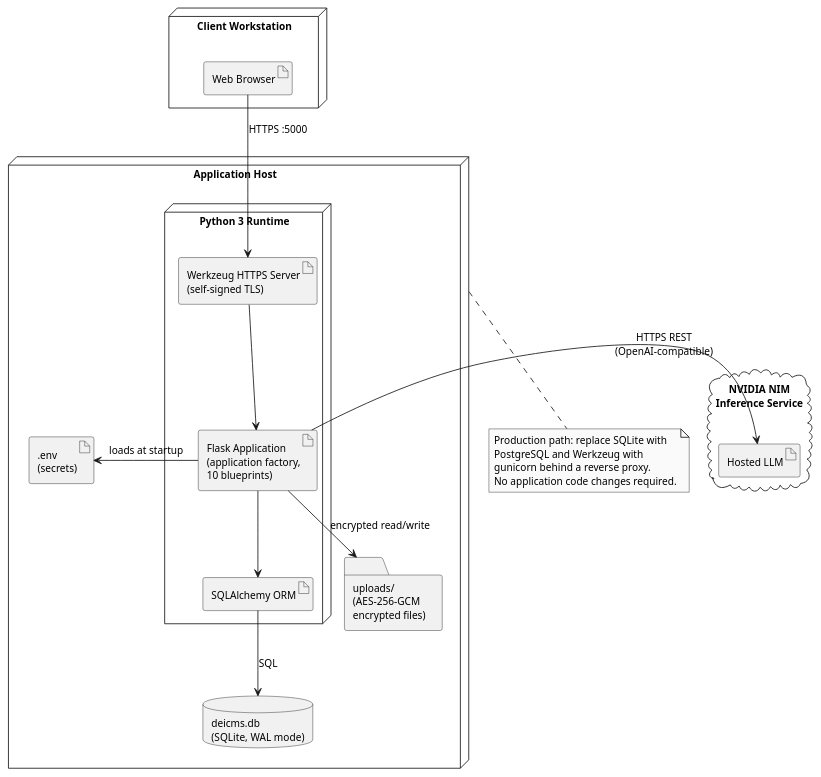
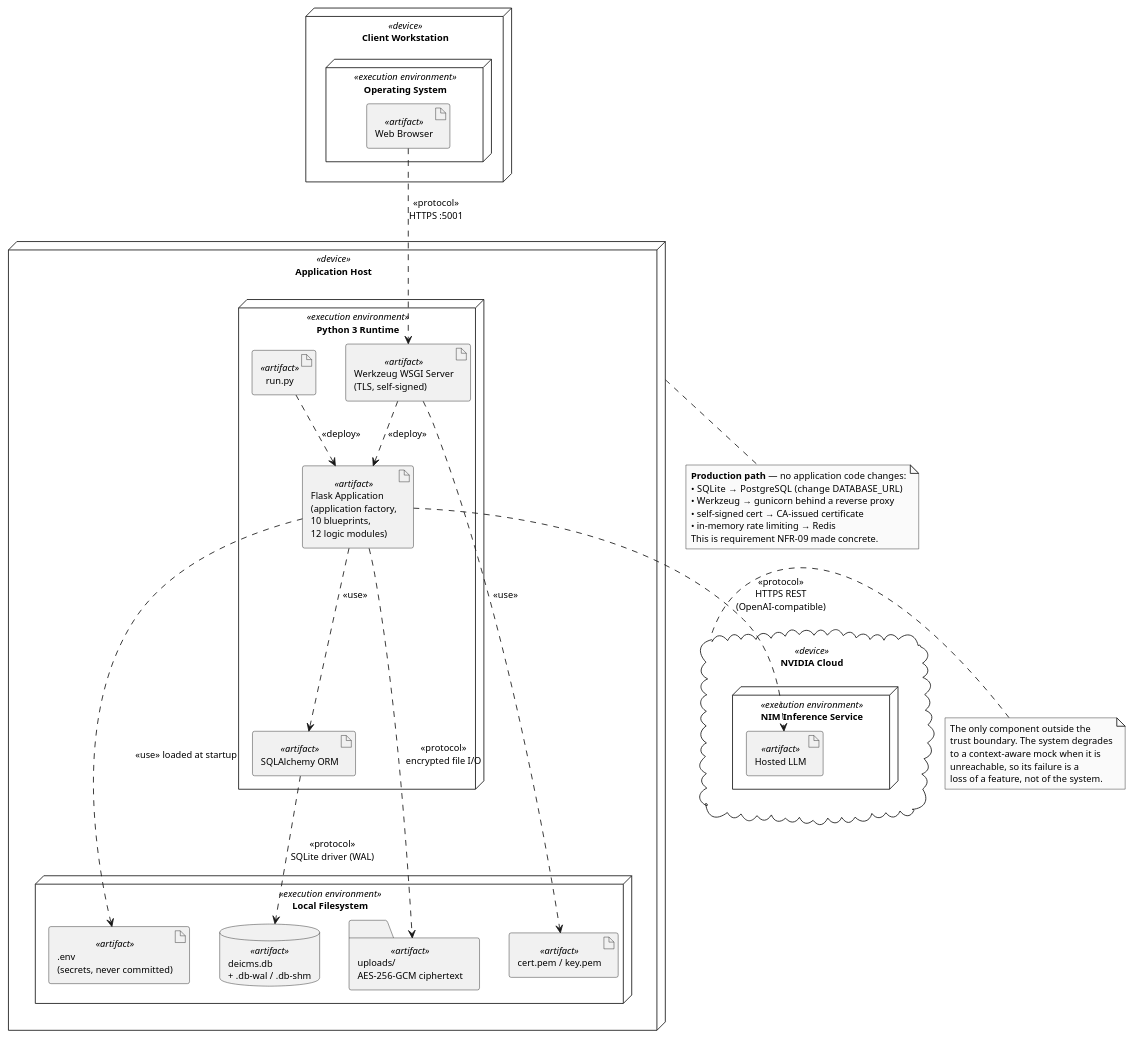
One commit to vidhyaharini0/DEICMS changed the diagram in diagrams_plantuml/10_deployment.puml. Above: the diagram before and after it, drawn with PlantUML. The commit also changed 22 other files, not shown here.

Commit message:
Rewrite all 11 UML diagrams with proper UML semantics; make class and ER diagrams genuinely distinct; add class-vs-ER comparison to Ch8

```diff
--- a/diagrams_plantuml/10_deployment.puml
+++ b/diagrams_plantuml/10_deployment.puml
@@ -1,42 +1,65 @@
 @startuml
 ' Figure 8.11 - Deployment Diagram: DEICMS Development Environment
 skinparam monochrome true
 skinparam shadowing false
 skinparam defaultFontName Arial
-skinparam defaultFontSize 12
+skinparam defaultFontSize 11
 skinparam backgroundColor white
 
-node "Client Workstation" as CLIENT {
-  artifact "Web Browser" as BROWSER
+node "Client Workstation" <<device>> as CLIENT {
+  node "Operating System" <<execution environment>> {
+    artifact "Web Browser" <<artifact>> as BROWSER
+  }
 }
 
-node "Application Host" as HOST {
-  node "Python 3 Runtime" as PY {
-    artifact "Flask Application\n(application factory,\n10 blueprints)" as APP
-    artifact "SQLAlchemy ORM" as ORM
-    artifact "Werkzeug HTTPS Server\n(self-signed TLS)" as WSGI
+node "Application Host" <<device>> as HOST {
+
+  node "Python 3 Runtime" <<execution environment>> as PY {
+    artifact "run.py" <<artifact>> as RUN
+    artifact "Flask Application\n(application factory,\n10 blueprints,\n12 logic modules)" <<artifact>> as APP
+    artifact "SQLAlchemy ORM" <<artifact>> as ORM
+    artifact "Werkzeug WSGI Server\n(TLS, self-signed)" <<artifact>> as WSGI
   }
-  database "deicms.db\n(SQLite, WAL mode)" as DB
-  folder "uploads/\n(AES-256-GCM\nencrypted files)" as UP
-  artifact ".env\n(secrets)" as ENV
+
+  node "Local Filesystem" <<execution environment>> as FSYS {
+    database "deicms.db\n+ .db-wal / .db-shm" <<artifact>> as DB
+    folder "uploads/\nAES-256-GCM ciphertext" <<artifact>> as UP
+    artifact ".env\n(secrets, never committed)" <<artifact>> as ENV
+    artifact "cert.pem / key.pem" <<artifact>> as CERT
+  }
 }
 
-cloud "NVIDIA NIM\nInference Service" as NIM {
-  artifact "Hosted LLM" as MODEL
+cloud "NVIDIA Cloud" <<device>> as CLOUD {
+  node "NIM Inference Service" <<execution environment>> {
+    artifact "Hosted LLM" <<artifact>> as MODEL
+  }
 }
 
-BROWSER -down-> WSGI : HTTPS :5000
-WSGI -down-> APP
-APP -down-> ORM
-ORM -down-> DB : SQL
-APP -down-> UP : encrypted read/write
-APP -left-> ENV : loads at startup
-APP -right-> MODEL : HTTPS REST\n(OpenAI-compatible)
+BROWSER ..> WSGI : <<protocol>>\nHTTPS :5001
+
+RUN     ..> APP  : <<deploy>>
+WSGI    ..> APP  : <<deploy>>
+APP     ..> ORM  : <<use>>
+ORM     ..> DB   : <<protocol>>\nSQLite driver (WAL)
+APP     ..> UP   : <<protocol>>\nencrypted file I/O
+APP     ..> ENV  : <<use>> loaded at startup
+WSGI    ..> CERT : <<use>>
+APP     ..> MODEL : <<protocol>>\nHTTPS REST\n(OpenAI-compatible)
 
 note bottom of HOST
-  Production path: replace SQLite with
-  PostgreSQL and Werkzeug with
-  gunicorn behind a reverse proxy.
-  No application code changes required.
+  <b>Production path</b> — no application code changes:
+  • SQLite  → PostgreSQL  (change DATABASE_URL)
+  • Werkzeug → gunicorn behind a reverse proxy
+  • self-signed cert → CA-issued certificate
+  • in-memory rate limiting → Redis
+  This is requirement NFR-09 made concrete.
+end note
+
+note right of CLOUD
+  The only component outside the
+  trust boundary. The system degrades
+  to a context-aware mock when it is
+  unreachable, so its failure is a
+  loss of a feature, not of the system.
 end note
 @enduml
```
